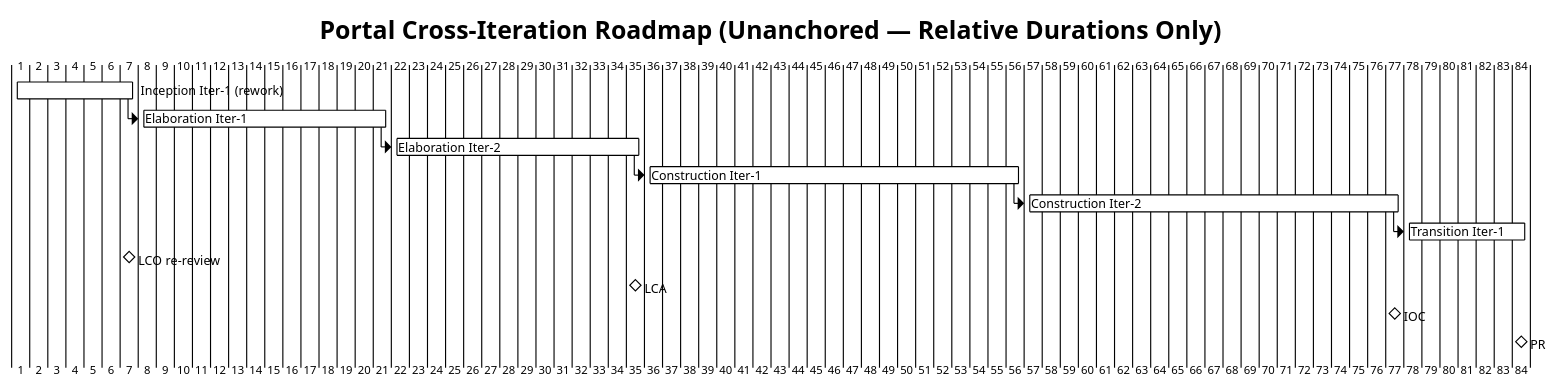
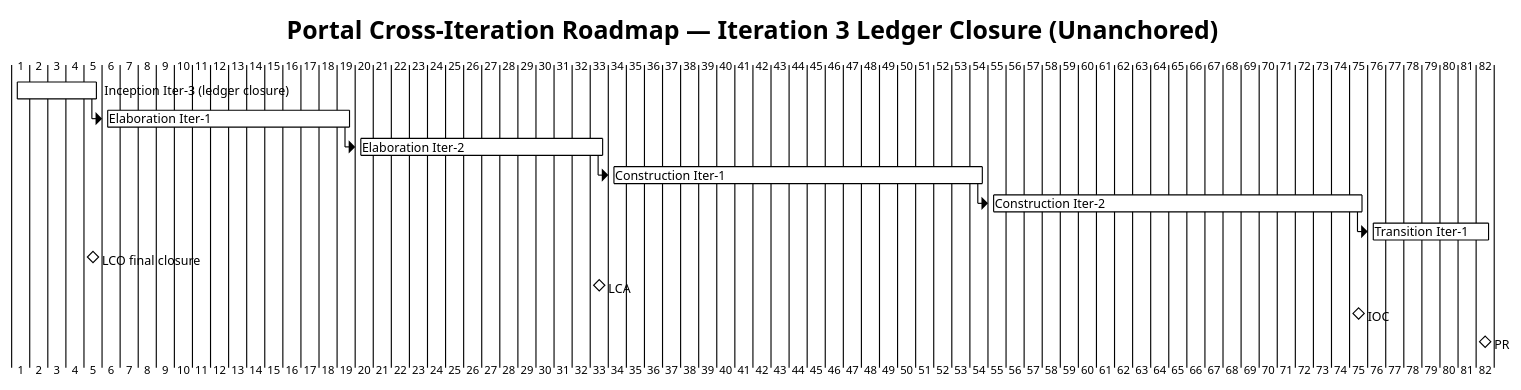
The first of 2 diagrams in docs/artifacts/project-management/iteration-plan.md (banense-test/portal), drawn with PlantUML before and after one commit. The commit also changed other lines of this file, not shown here.

First line of the commit message:
Project Manager [I3]: upsert Iteration Plan

````diff
--- a/docs/artifacts/project-management/iteration-plan.md
+++ b/docs/artifacts/project-management/iteration-plan.md
@@ -23,18 +22,18 @@
 ```plantuml
-@startgantt Inception_Roadmap_Unanchored
+@startgantt Inception_Iter3_Roadmap
 !theme plain
-title Portal Cross-Iteration Roadmap (Unanchored — Relative Durations Only)
+title Portal Cross-Iteration Roadmap — Iteration 3 Ledger Closure (Unanchored)
 
-[Inception Iter-1 (rework)] lasts 7 days
-[Elaboration Iter-1] starts at [Inception Iter-1 (rework)]'s end and lasts 14 days
+[Inception Iter-3 (ledger closure)] lasts 5 days
+[Elaboration Iter-1] starts at [Inception Iter-3 (ledger closure)]'s end and lasts 14 days
 [Elaboration Iter-2] starts at [Elaboration Iter-1]'s end and lasts 14 days
 [Construction Iter-1] starts at [Elaboration Iter-2]'s end and lasts 21 days
 [Construction Iter-2] starts at [Construction Iter-1]'s end and lasts 21 days
 [Transition Iter-1] starts at [Construction Iter-2]'s end and lasts 7 days
 
-[LCO re-review] happens at [Inception Iter-1 (rework)]'s end
+[LCO final closure] happens at [Inception Iter-3 (ledger closure)]'s end
 [LCA] happens at [Elaboration Iter-2]'s end
 [IOC] happens at [Construction Iter-2]'s end
 [PR] happens at [Transition Iter-1]'s end
 @endgantt
 ```
````
